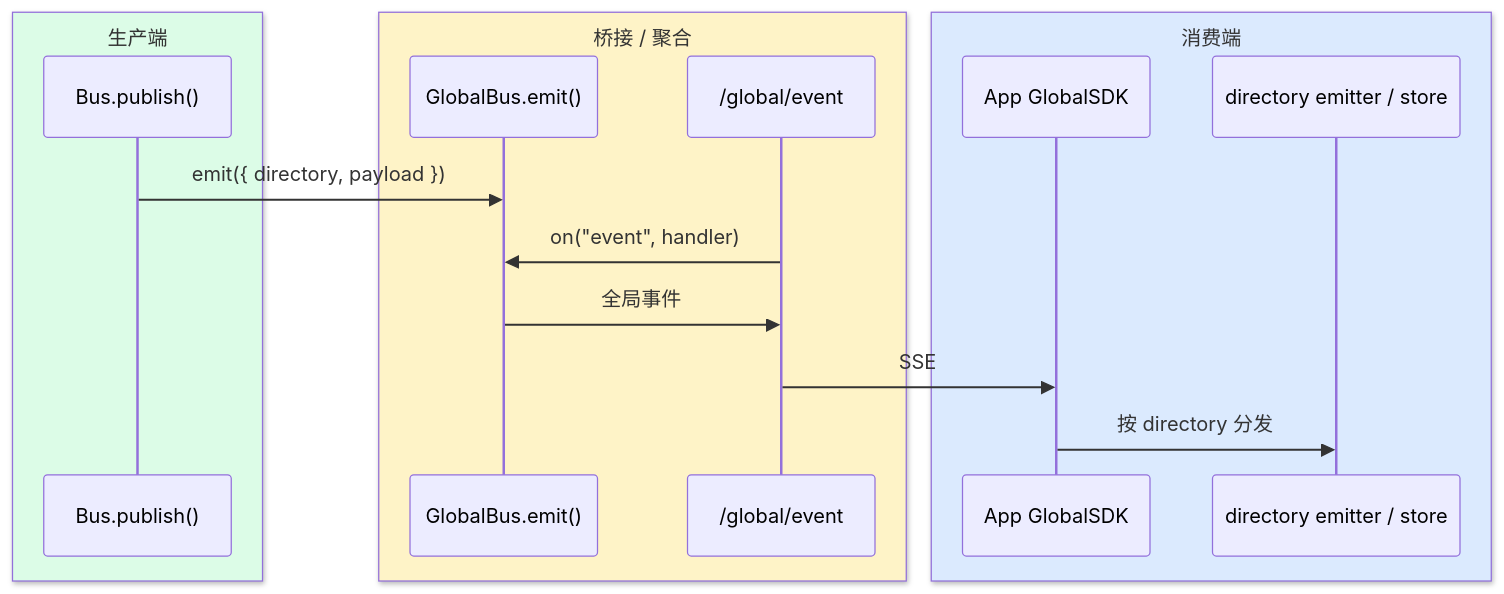
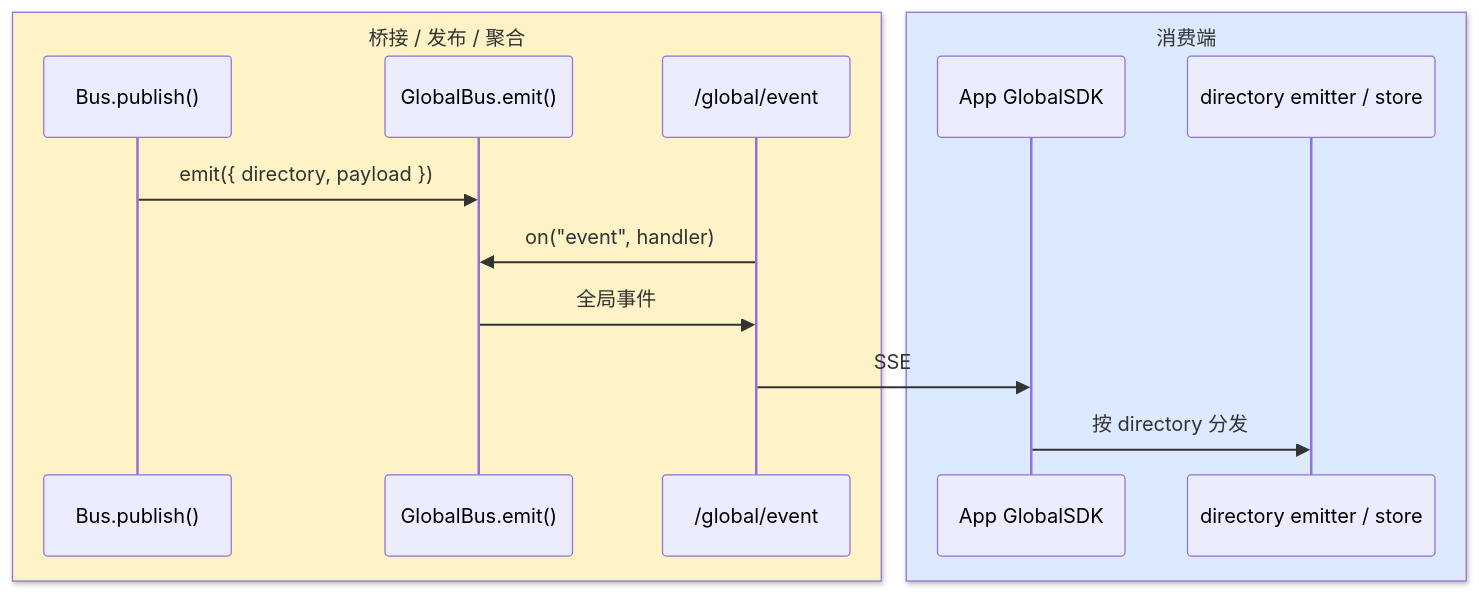
Before and after one commit to feuyeux/agent-study: diagram 14 of 22 in opencode_kickoff/A07-durable-state.md, drawn with Mermaid. The commit also changed other lines of this file, not shown here.

Commit message:
docs(opencode_kickoff): unify A07 diagram colors

````diff
--- a/opencode_kickoff/A07-durable-state.md
+++ b/opencode_kickoff/A07-durable-state.md
@@ -603,20 +596,18 @@
 ```mermaid
 sequenceDiagram
-    box rgb(220,252,231) 生产端
+    box rgb(254,243,199) 桥接 / 发布 / 聚合
     participant Bus as Bus.publish()
-    end
-    box rgb(254,243,199) 桥接 / 聚合
     participant Global as GlobalBus.emit()
     participant Route as /global/event
     end
     box rgb(219,234,254) 消费端
     participant SDK as App GlobalSDK
     participant Store as directory emitter / store
     end
 
     Bus->>Global: emit({ directory, payload })
     Route->>Global: on("event", handler)
     Global->>Route: 全局事件
     Route->>SDK: SSE
     SDK->>Store: 按 directory 分发
 ```
````
